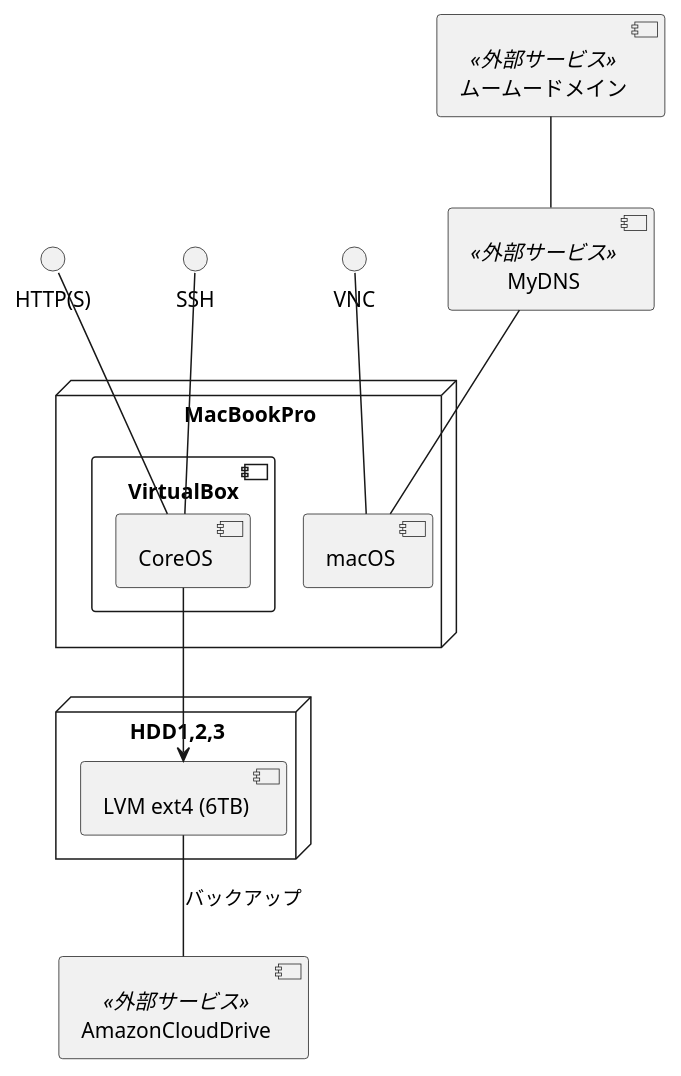
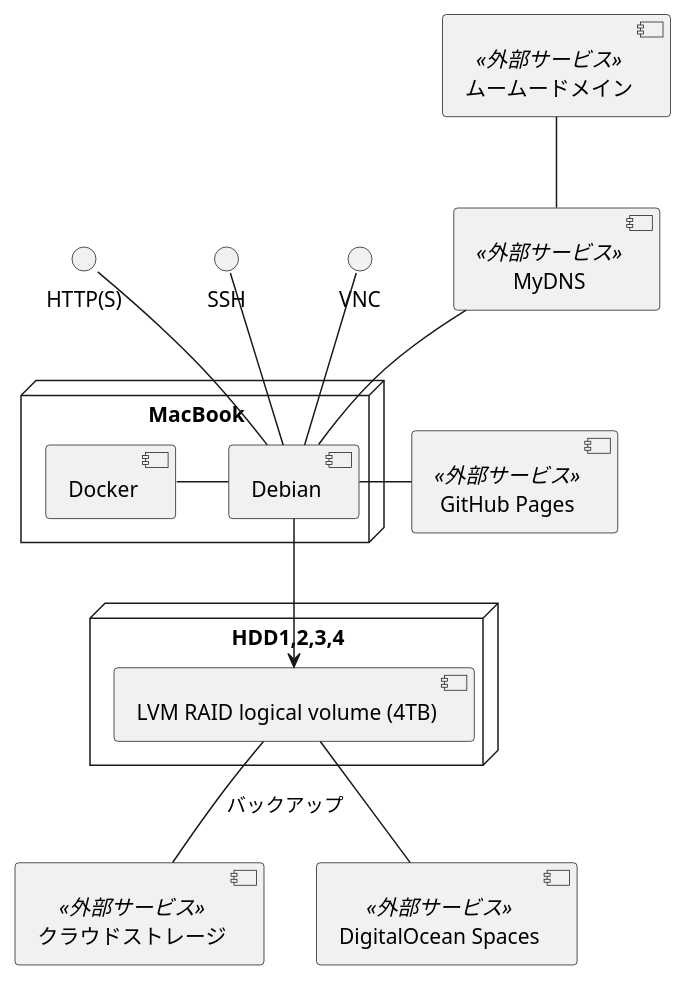
One commit to u6k/blog changed the diagram in _posts/2018-06-04-my-service-specification-hardware-part.md. Above: the diagram before and after it, drawn with PlantUML. The commit also changed other lines of this file, not shown here.

```diff
--- a/_posts/2018-06-04-my-service-specification-hardware-part.md
+++ b/_posts/2018-06-04-my-service-specification-hardware-part.md
@@ -23,30 +26,31 @@
 {% plantuml %}
-
 interface "VNC"
 interface "SSH"
 interface "HTTP(S)"
 
-node "MacBookPro" {
-    [macOS]
-    component "VirtualBox" {
-        [CoreOS]
-    }
+node "MacBook" {
+  [Debian]
+  [Docker]
 }
 
-node "HDD1,2,3" {
-    [LVM ext4 (6TB)]
+node "HDD1,2,3,4" {
+    [LVM RAID logical volume (4TB)] as LVM
 }
 
 [ムームードメイン] <<外部サービス>>
 [MyDNS] <<外部サービス>>
-[AmazonCloudDrive] <<外部サービス>>
+[クラウドストレージ] <<外部サービス>>
+[DigitalOcean Spaces] <<外部サービス>>
+[GitHub Pages] <<外部サービス>>
 
-[macOS] -up- [VNC]
-[CoreOS] --> [LVM ext4 (6TB)]
-[CoreOS] -up- [SSH]
-[CoreOS] -up- [HTTP(S)]
+[Debian] -u- [VNC]
+[Debian] --> [LVM]
+[Debian] -u- [SSH]
+[Debian] -u- [HTTP(S)]
+[Debian] -l- [Docker]
+[Debian] -r- [GitHub Pages]
 [ムームードメイン] -- [MyDNS]
-[MyDNS] -- [macOS]
-[LVM ext4 (6TB)] -- [AmazonCloudDrive] : バックアップ
-
+[MyDNS] -- [Debian]
+[LVM] -- [クラウドストレージ] : バックアップ
+[LVM] -- [DigitalOcean Spaces]
 {% endplantuml %}
```
